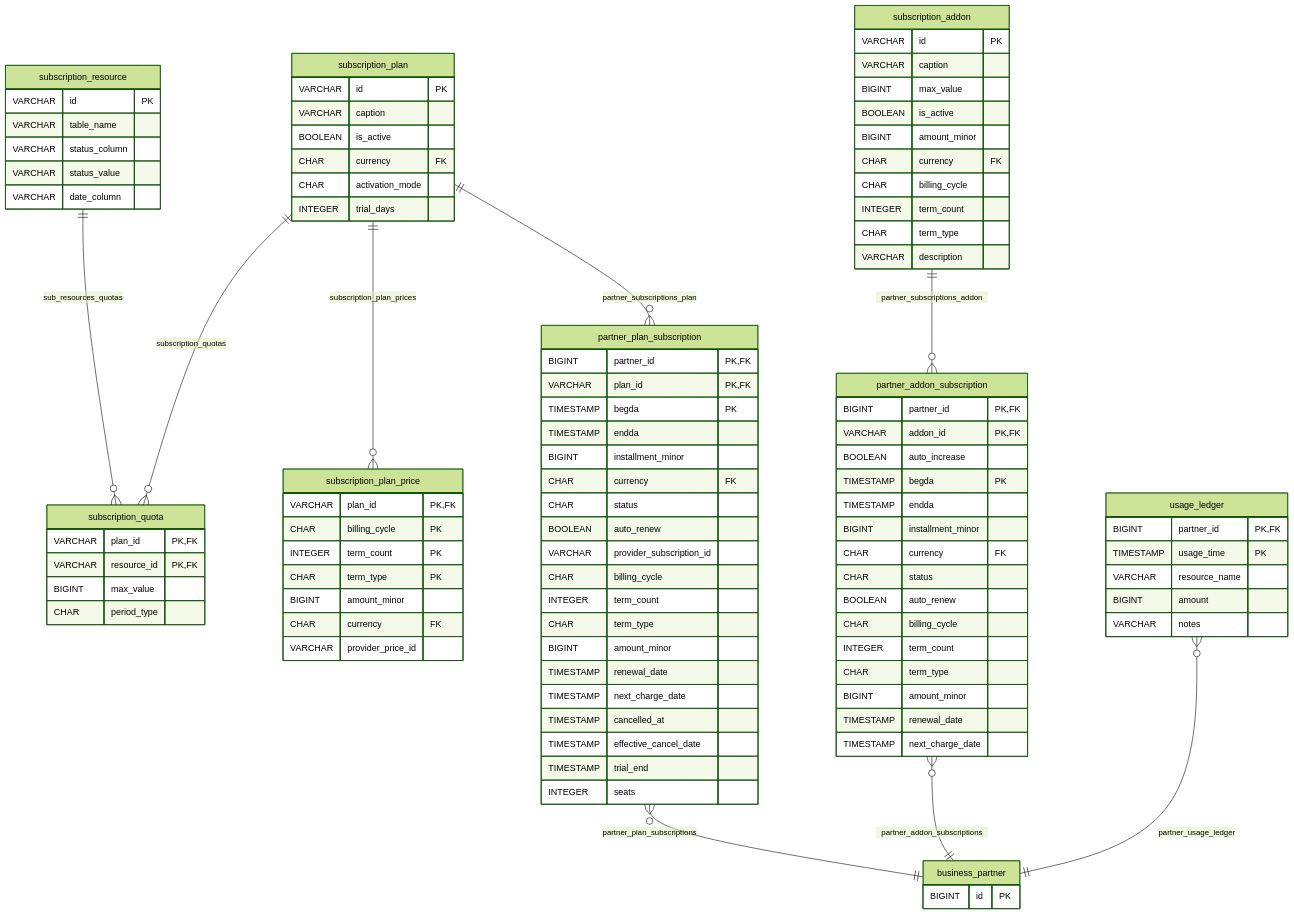
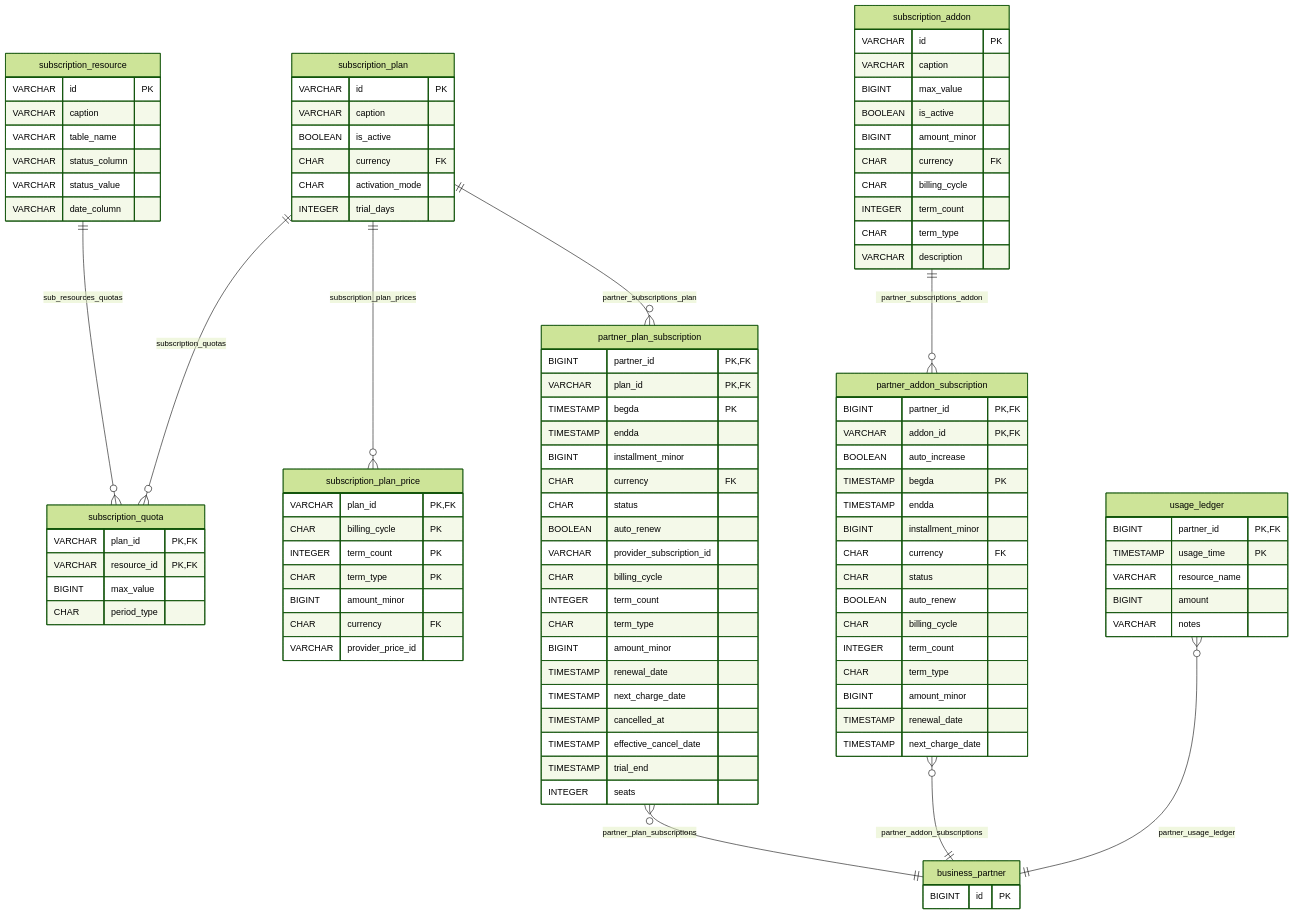
Before and after one commit to nauticana/keel: diagram 16 of 24 in doc/database.md, drawn with Mermaid (forest theme). The commit also changed 22 other files, not shown here.

```diff
--- a/doc/database.md
+++ b/doc/database.md
@@ -1053,6 +1053,7 @@
     }
     subscription_resource {
         VARCHAR id PK
+        VARCHAR caption
         VARCHAR table_name
         VARCHAR status_column
         VARCHAR status_value
```
